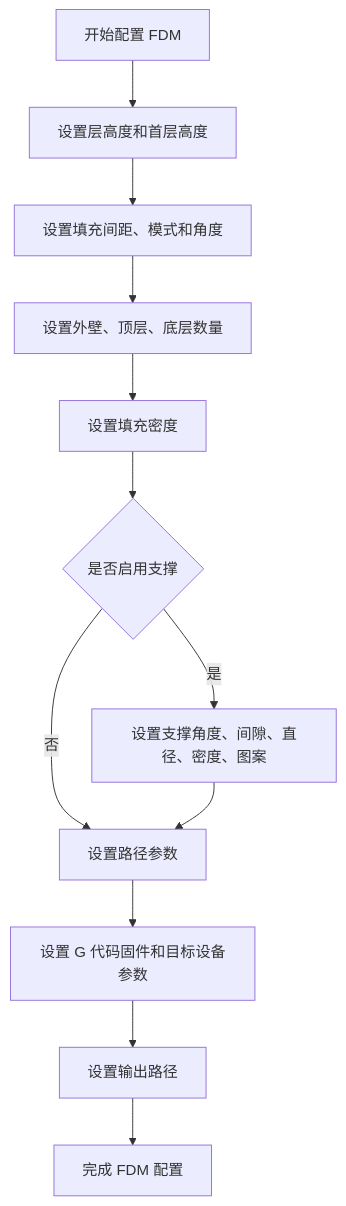
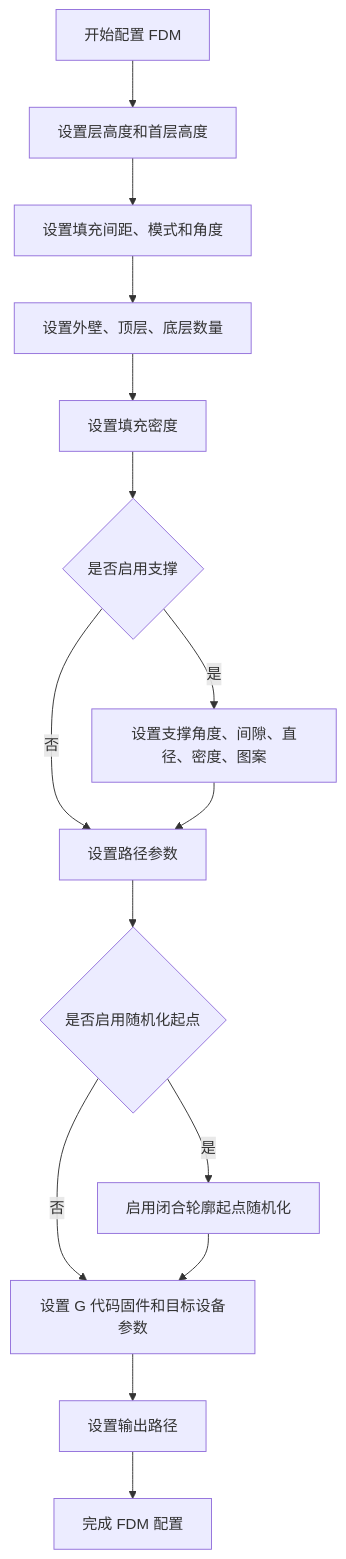
The fourth of 8 diagrams in .qoder/repowiki/zh/content/API 参考文档/流水线配置类型.md (hsmbanlance/HsBaSlicer), drawn with Mermaid before and after one commit. The commit also changed other lines of this file and 365 other files, not shown here.

````diff
--- a/.qoder/repowiki/zh/content/API 参考文档/流水线配置类型.md
+++ b/.qoder/repowiki/zh/content/API 参考文档/流水线配置类型.md
@@ -284,14 +331,17 @@
 ```mermaid
 flowchart TD
 Start["开始配置 FDM"] --> Layer["设置层高度和首层高度"]
 Layer --> Fill["设置填充间距、模式和角度"]
 Fill --> Wall["设置外壁、顶层、底层数量"]
 Wall --> Density["设置填充密度"]
 Density --> Support{"是否启用支撑"}
 Support --> |是| SupportParams["设置支撑角度、间隙、直径、密度、图案"]
 Support --> |否| Path["设置路径参数"]
 SupportParams --> Path
-Path --> Firmware["设置 G 代码固件和目标设备参数"]
+Path --> Randomize{"是否启用随机化起点"}
+Randomize --> |是| RandomizeParams["启用闭合轮廓起点随机化"]
+Randomize --> |否| Firmware["设置 G 代码固件和目标设备参数"]
+RandomizeParams --> Firmware
 Firmware --> Output["设置输出路径"]
 Output --> End["完成 FDM 配置"]
 ```
````
